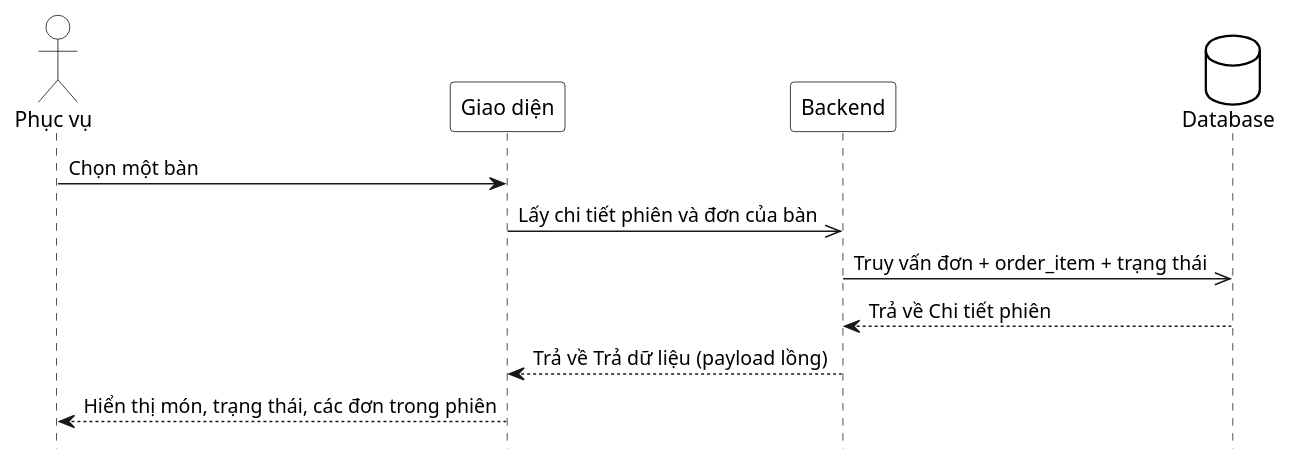
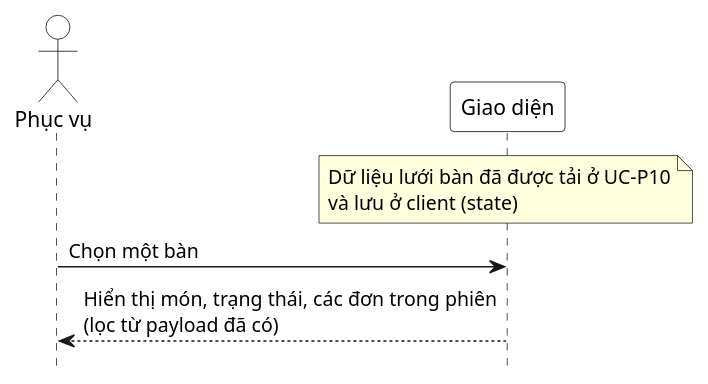
The diagram in docs/use-cases/uc-phuc-vu-15-chi-tiet-phien-theo-ban.md (thanhhoa3514/restaurant-management), drawn with PlantUML before and after one commit. The commit also changed other lines of this file and 98 other files, not shown here.

````diff
--- a/docs/use-cases/uc-phuc-vu-15-chi-tiet-phien-theo-ban.md
+++ b/docs/use-cases/uc-phuc-vu-15-chi-tiet-phien-theo-ban.md
@@ -53,30 +52,20 @@
 ```plantuml
 @startuml
 hide footbox
 skinparam participant {
  BackgroundColor White
  BorderColor Black
 }
 skinparam actor {
  BackgroundColor White
  BorderColor Black
 }
-skinparam database {
- BackgroundColor White
- BorderColor Black
-}
-skinparam sequenceGroupBorderThickness 1
-skinparam sequenceGroupBorderColor Gray
 actor "Phục vụ" as A
 participant "Giao diện" as UI
-participant "Backend" as BE
-database "Database" as DB
+
+note over UI : Dữ liệu lưới bàn đã được tải ở UC-P10\nvà lưu ở client (state)
 
 A -> UI : Chọn một bàn
-UI ->> BE : Lấy chi tiết phiên và đơn của bàn
-BE ->> DB : Truy vấn đơn + order_item + trạng thái
-DB --> BE : Trả về Chi tiết phiên
-BE --> UI : Trả về Trả dữ liệu (payload lồng)
-UI --> A : Hiển thị món, trạng thái, các đơn trong phiên
+UI --> A : Hiển thị món, trạng thái, các đơn trong phiên\n(lọc từ payload đã có)
 @enduml
 ```
````
